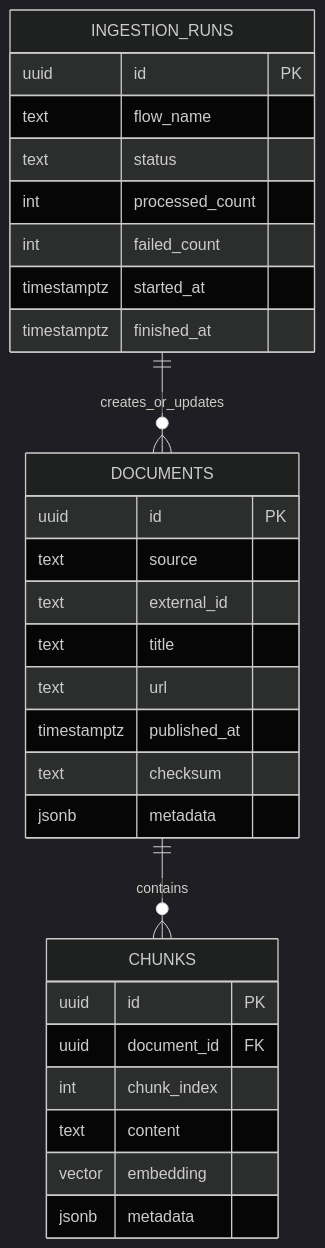
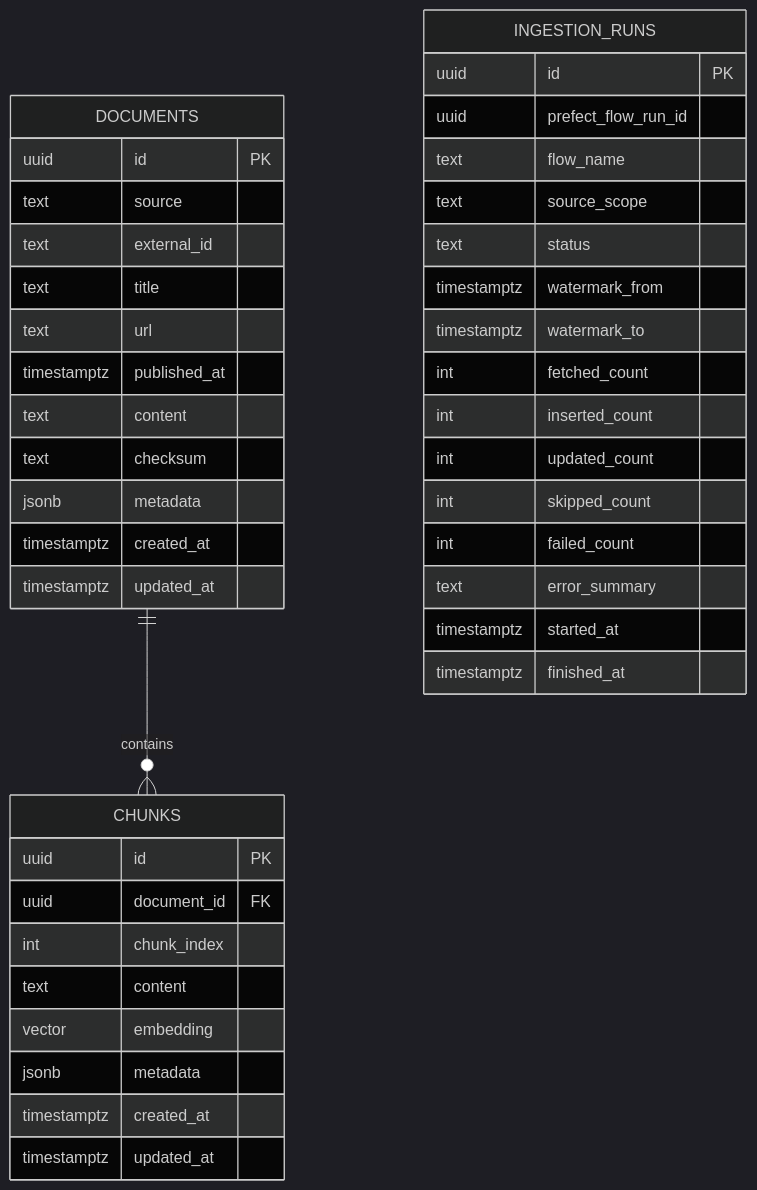
The sixth of 10 diagrams in docs/ARCHITECTURE.md (ngochai2909/kuberag-platform), drawn with Mermaid (dark theme) before and after one commit. The commit also changed 22 other files, not shown here.

````diff
--- a/docs/ARCHITECTURE.md
+++ b/docs/ARCHITECTURE.md
@@ -187,32 +187,44 @@
 ```mermaid
 erDiagram
     DOCUMENTS ||--o{ CHUNKS : contains
-    INGESTION_RUNS ||--o{ DOCUMENTS : creates_or_updates
     DOCUMENTS {
         uuid id PK
         text source
         text external_id
         text title
         text url
         timestamptz published_at
+        text content
         text checksum
         jsonb metadata
+        timestamptz created_at
+        timestamptz updated_at
     }
     CHUNKS {
         uuid id PK
         uuid document_id FK
         int chunk_index
         text content
         vector embedding
         jsonb metadata
+        timestamptz created_at
+        timestamptz updated_at
     }
     INGESTION_RUNS {
         uuid id PK
+        uuid prefect_flow_run_id
         text flow_name
+        text source_scope
         text status
-        int processed_count
+        timestamptz watermark_from
+        timestamptz watermark_to
+        int fetched_count
+        int inserted_count
+        int updated_count
+        int skipped_count
         int failed_count
+        text error_summary
         timestamptz started_at
         timestamptz finished_at
     }
 ```
````
